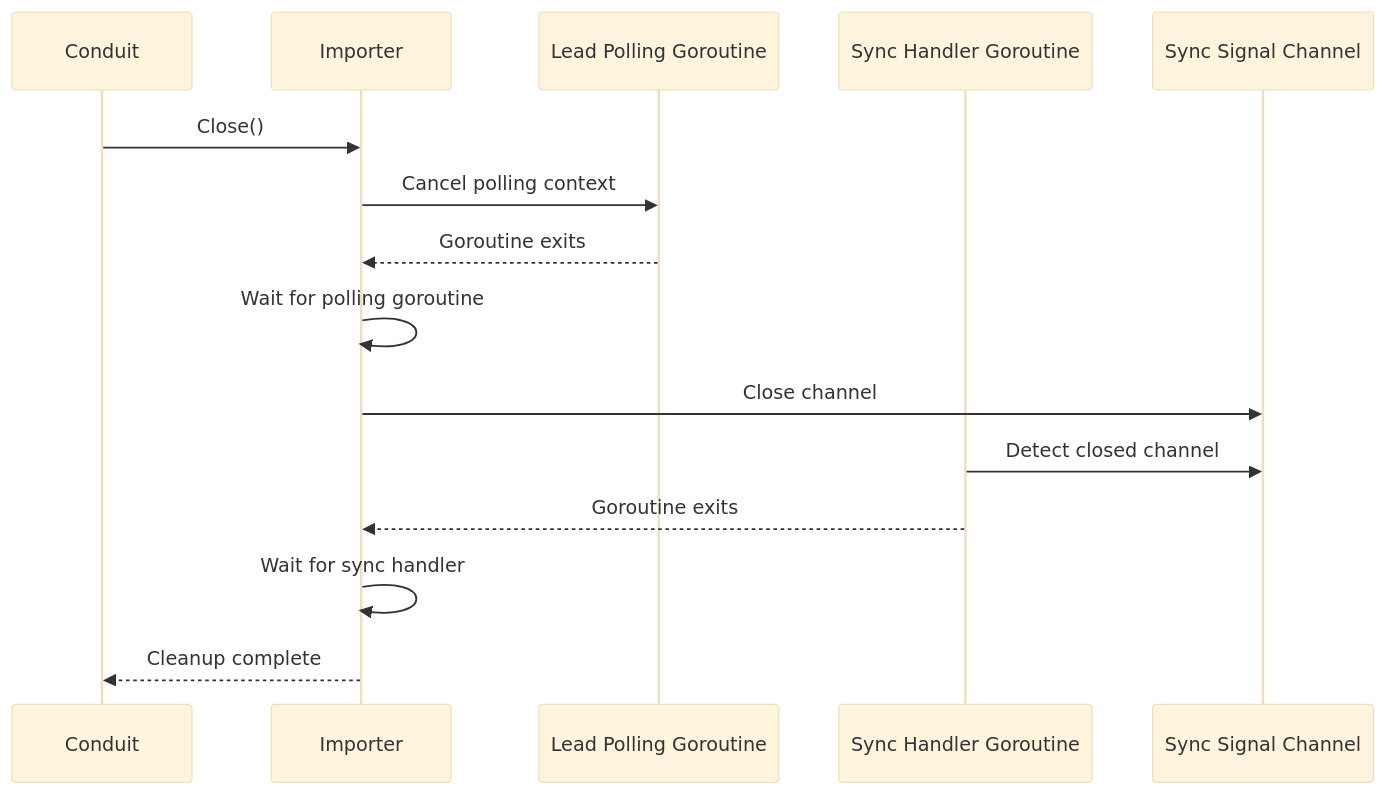
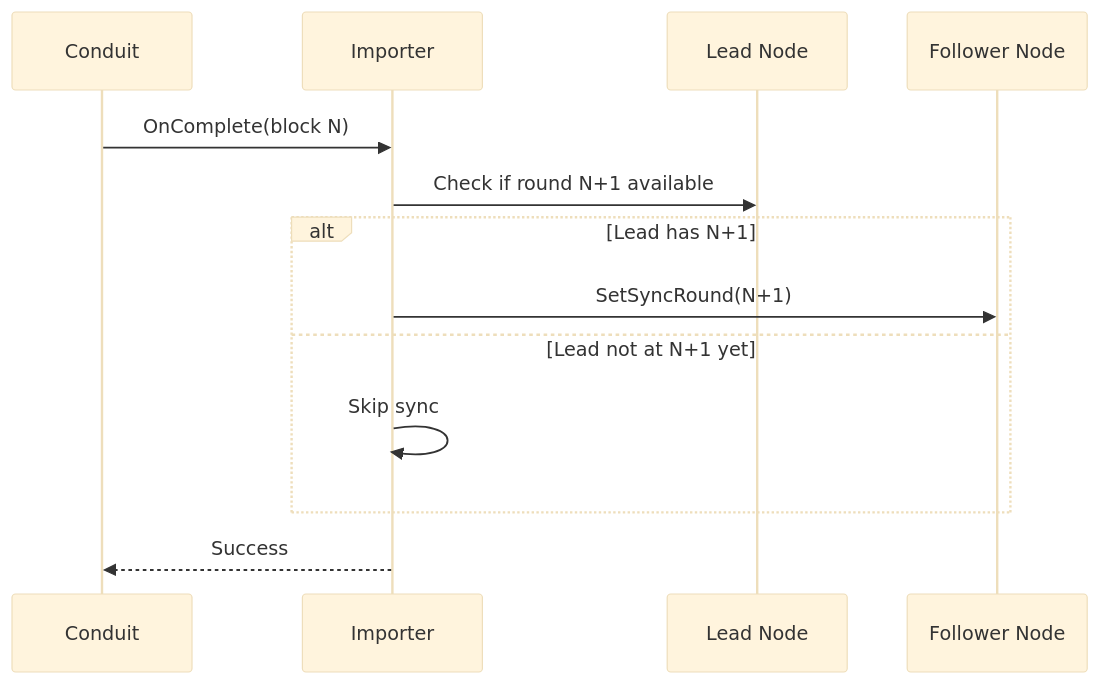
The second of 2 diagrams in README.md (algorandfoundation/algokit-conduit-localnet-importer), drawn with Mermaid (base theme) before and after one commit. The commit also changed other lines of this file and 10 other files, not shown here.

````diff
--- a/README.md
+++ b/README.md
@@ -93,18 +36,16 @@
 ```mermaid
 sequenceDiagram
     participant C as Conduit
     participant I as Importer
-    participant P as Lead Polling Goroutine
-    participant S as Sync Handler Goroutine
-    participant Ch as Sync Signal Channel
+    participant L as Lead Node
+    participant F as Follower Node
 
-    C->>I: Close()
-    I->>P: Cancel polling context
-    P-->>I: Goroutine exits
-    I->>I: Wait for polling goroutine
-    I->>Ch: Close channel
-    S->>Ch: Detect closed channel
-    S-->>I: Goroutine exits
-    I->>I: Wait for sync handler
-    I-->>C: Cleanup complete
+    C->>I: OnComplete(block N)
+    I->>L: Check if round N+1 available
+    alt Lead has N+1
+        I->>F: SetSyncRound(N+1)
+    else Lead not at N+1 yet
+        I->>I: Skip sync
+    end
+    I-->>C: Success
 ```
````
